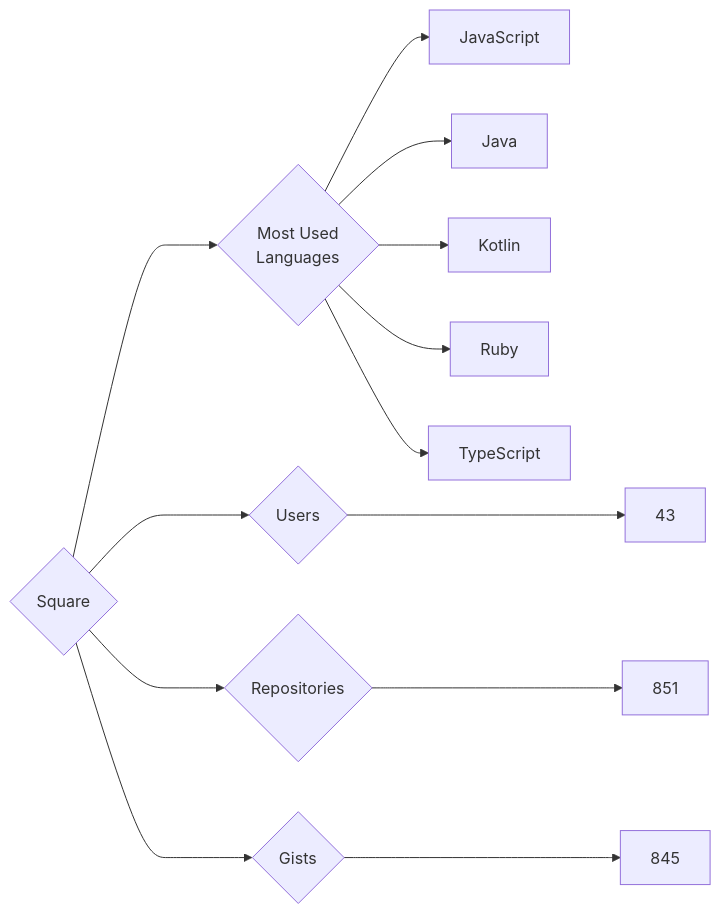
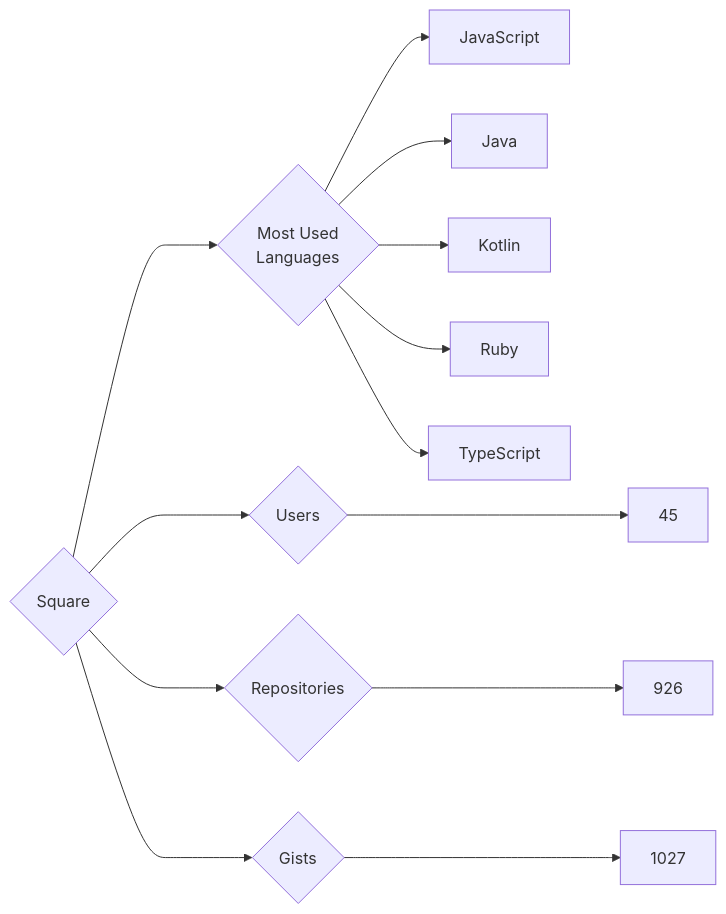
Before and after one commit to trickest/insiders: the diagram in targets/Square/README.md, drawn with Mermaid. The commit also changed 833 other files, not shown here.

````diff
--- a/targets/Square/README.md
+++ b/targets/Square/README.md
@@ -3,13 +3,13 @@
 ```mermaid
 graph LR
 COMPANY_NAME{Square}
-COMPANY_NAME ---> U{Users} ---> UN[43]
-COMPANY_NAME ---> R{Repositories} ---> RN[851]
-COMPANY_NAME ---> G{Gists} ---> GN[845]
+COMPANY_NAME ---> U{Users} ---> UN[45]
+COMPANY_NAME ---> R{Repositories} ---> RN[926]
+COMPANY_NAME ---> G{Gists} ---> GN[1027]
 COMPANY_NAME ---> ML{Most Used<br>Languages}
 ML --> JavaScript[JavaScript]
 ML --> Java[Java]
 ML --> Kotlin[Kotlin]
 ML --> Ruby[Ruby]
 ML --> TypeScript[TypeScript]
 ```
````
